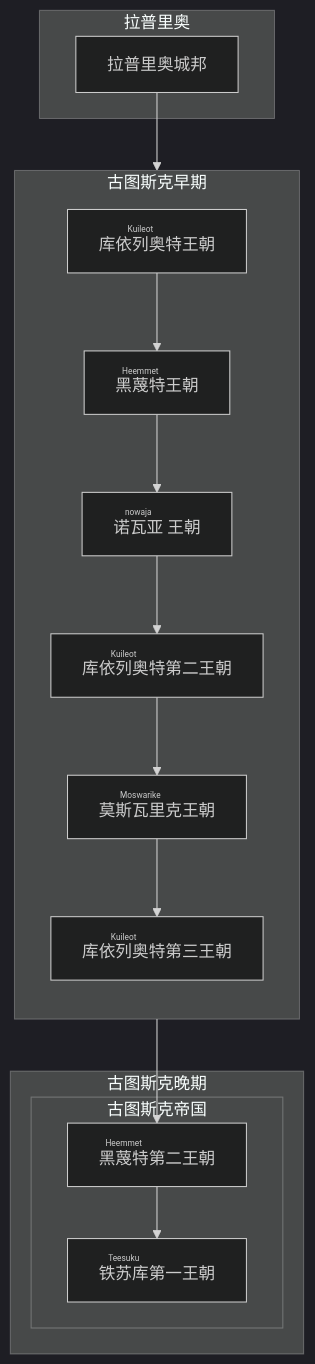
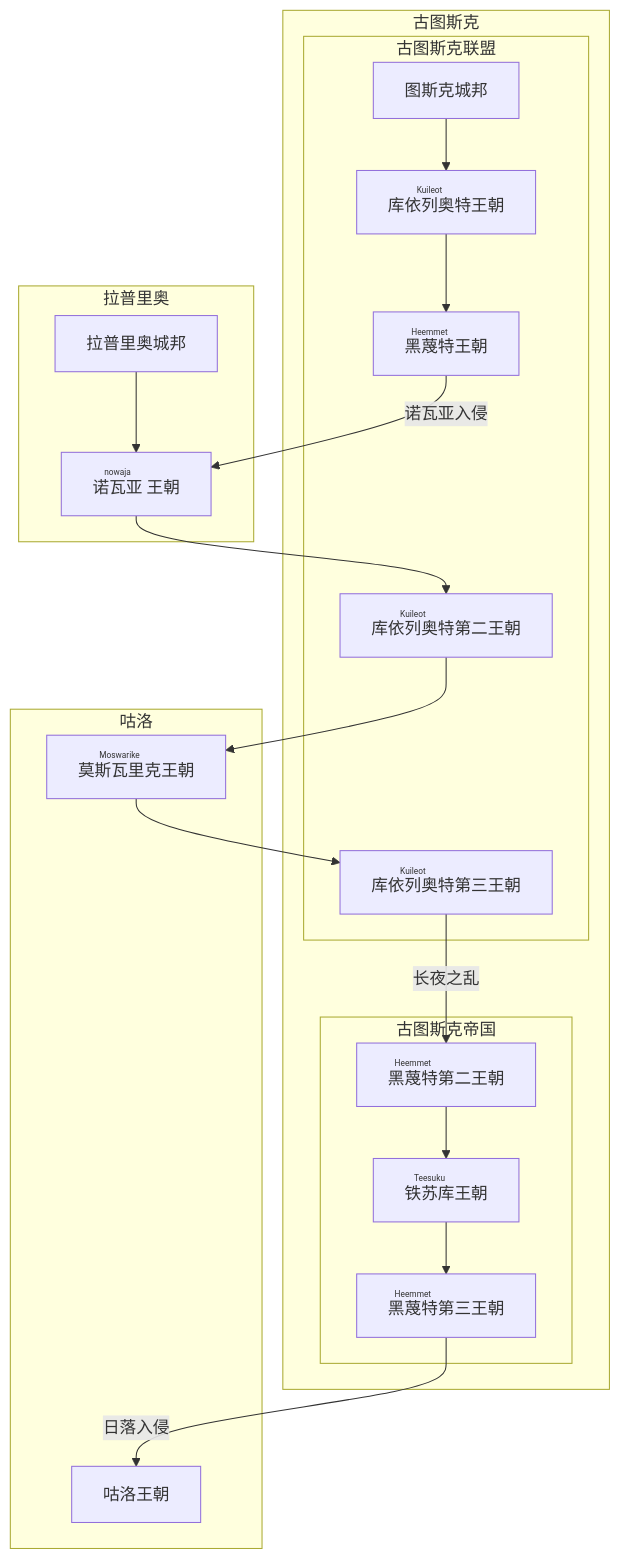
Before and after one commit to PhychiasLokDansk/Laaerad: the diagram in docs/拉埃拉德/图斯克/图斯克.md, drawn with Mermaid. The commit also changed other lines of this file and 1 other file, not shown here.

Commit message:
LAPTOP-UGNPREPA 2025-1-3:14:12:54

````diff
--- a/docs/拉埃拉德/图斯克/图斯克.md
+++ b/docs/拉埃拉德/图斯克/图斯克.md
@@ -44,23 +44,34 @@
 ```mermaid 
-%%{init: { 'logLevel': 'debug', 'theme': 'dark' } }%%
 graph TB
-	subgraph 古图斯克早期
-		direction TB
-		A[<ruby>库依列奥特<rt>Kuileot</rt></ruby>王朝]
-		A --> B[<ruby>黑蔑特<rt>Heemmet</rt></ruby>王朝]
-		B --> C[<ruby>诺瓦亚<rt>nowaja</rt> </ruby>王朝]
-		C --> D[<ruby>库依列奥特<rt>Kuileot</rt></ruby>第二王朝]
-		D --> F[<ruby>莫斯瓦里克<rt>Moswarike</rt></ruby>王朝]
-		F --> G[<ruby>库依列奥特<rt>Kuileot</rt></ruby>第三王朝]
-	end
-	subgraph 拉普里奥
-		E[拉普里奥城邦] --> C
-	end
-	subgraph 古图斯克晚期
+	subgraph 古图斯克
+		subgraph 古图斯克联盟
+			R[图斯克城邦]
+			A[<ruby>库依列奥特<rt>Kuileot</rt></ruby>王朝]
+			B[<ruby>黑蔑特<rt>Heemmet</rt></ruby>王朝]
+			D[<ruby>库依列奥特<rt>Kuileot</rt></ruby>第二王朝]
+			G[<ruby>库依列奥特<rt>Kuileot</rt></ruby>第三王朝]
+			R --> A
+			A --> B
+		end
 		subgraph 古图斯克帝国
 			H[<ruby>黑蔑特<rt>Heemmet</rt></ruby>第二王朝]
-			H --> J[<ruby>铁苏库<rt>Teesuku</rt></ruby>第一王朝]
+			H --> J[<ruby>铁苏库<rt>Teesuku</rt></ruby>王朝]
+			J --> K[<ruby>黑蔑特<rt>Heemmet</rt></ruby>第三王朝]
 		end
+	G -- 长夜之乱 --> H
+	end	
+	subgraph 拉普里奥
+		C[<ruby>诺瓦亚<rt>nowaja</rt> </ruby>王朝]
+		E[拉普里奥城邦] 
+		C --> D
+		E --> C
+		B -- 诺瓦亚入侵 --> C
 	end
-	G --> H
+	subgraph 咕洛
+		F[<ruby>莫斯瓦里克<rt>Moswarike</rt></ruby>王朝]
+		L[咕洛王朝]
+		D --> F
+		K -- 日落入侵 --> L
+		F --> G
+	end
 ```
````
